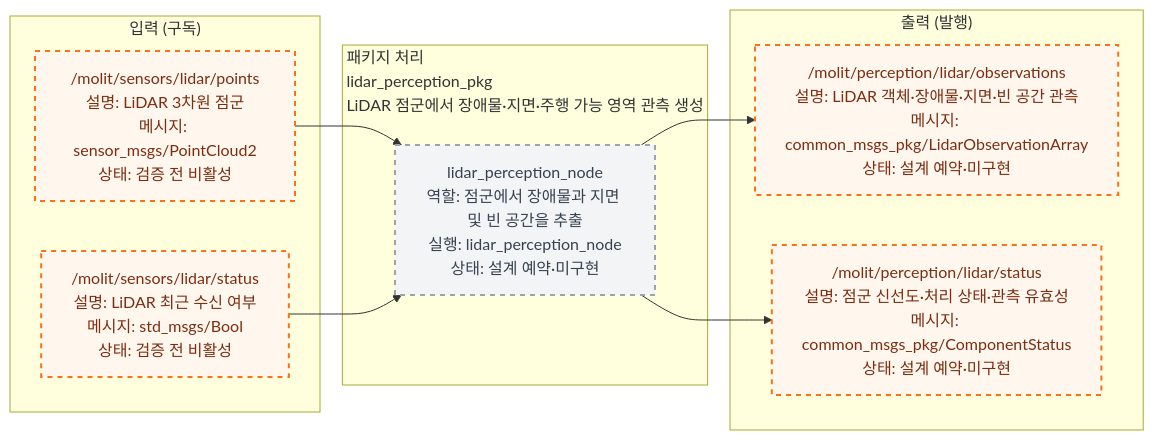
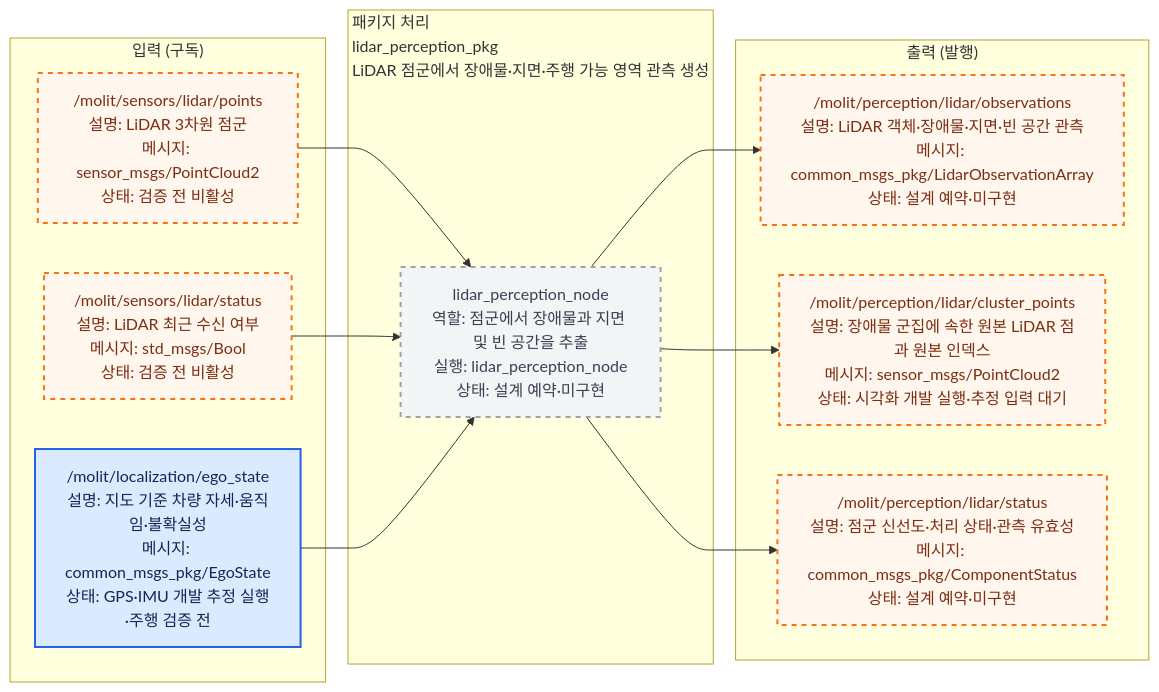
Before and after one commit to Team-Stier/Morai_Sim_team2: the diagram in src/lidar_perception_pkg/docs/interface_io.mmd, drawn with Mermaid. The commit also changed 228 other files, not shown here.

```diff
--- a/src/lidar_perception_pkg/docs/interface_io.mmd
+++ b/src/lidar_perception_pkg/docs/interface_io.mmd
@@ -1,32 +1,38 @@
 %% AUTO-GENERATED by ros_architecture_pkg/scripts/generate_interface_diagrams.py. DO NOT EDIT.
 %% Source of truth: ros_architecture_pkg/config/interface_contract.yaml
 flowchart LR
     classDef liveNode fill:#dcfce7,color:#14532d,stroke:#16a34a,stroke-width:2px;
     classDef reservedNode fill:#f3f4f6,color:#374151,stroke:#9ca3af,stroke-width:2px,stroke-dasharray: 5 5;
     classDef liveTopic fill:#dbeafe,color:#172554,stroke:#2563eb,stroke-width:2px;
     classDef reservedTopic fill:#fff7ed,color:#7c2d12,stroke:#f97316,stroke-width:2px,stroke-dasharray: 5 5;
     classDef emptyPort fill:#ffffff,color:#6b7280,stroke:#d1d5db,stroke-dasharray: 3 3;
     classDef externalEndpoint fill:#f3e8ff,color:#581c87,stroke:#9333ea,stroke-width:3px;
 
     subgraph INPUTS["입력 (구독)"]
         input_000["/molit/sensors/lidar/points<br/>설명: LiDAR 3차원 점군<br/>메시지: sensor_msgs/PointCloud2<br/>상태: 검증 전 비활성"]
         input_001["/molit/sensors/lidar/status<br/>설명: LiDAR 최근 수신 여부<br/>메시지: std_msgs/Bool<br/>상태: 검증 전 비활성"]
+        input_002["/molit/localization/ego_state<br/>설명: 지도 기준 차량 자세·움직임·불확실성<br/>메시지: common_msgs_pkg/EgoState<br/>상태: GPS·IMU 개발 추정 실행·주행 검증 전"]
     end
     subgraph PACKAGE["패키지 처리<br/>lidar_perception_pkg<br/>LiDAR 점군에서 장애물·지면·주행 가능 영역 관측 생성"]
         local_node_000["lidar_perception_node<br/>역할: 점군에서 장애물과 지면 및 빈 공간을 추출<br/>실행: lidar_perception_node<br/>상태: 설계 예약·미구현"]
     end
     subgraph OUTPUTS["출력 (발행)"]
         output_000["/molit/perception/lidar/observations<br/>설명: LiDAR 객체·장애물·지면·빈 공간 관측<br/>메시지: common_msgs_pkg/LidarObservationArray<br/>상태: 설계 예약·미구현"]
-        output_001["/molit/perception/lidar/status<br/>설명: 점군 신선도·처리 상태·관측 유효성<br/>메시지: common_msgs_pkg/ComponentStatus<br/>상태: 설계 예약·미구현"]
+        output_001["/molit/perception/lidar/cluster_points<br/>설명: 장애물 군집에 속한 원본 LiDAR 점과 원본 인덱스<br/>메시지: sensor_msgs/PointCloud2<br/>상태: 시각화 개발 실행·추정 입력 대기"]
+        output_002["/molit/perception/lidar/status<br/>설명: 점군 신선도·처리 상태·관측 유효성<br/>메시지: common_msgs_pkg/ComponentStatus<br/>상태: 설계 예약·미구현"]
     end
 
     input_000 --> local_node_000
     input_001 --> local_node_000
+    input_002 --> local_node_000
     local_node_000 --> output_000
     local_node_000 --> output_001
+    local_node_000 --> output_002
 
     class local_node_000 reservedNode;
     class input_000 reservedTopic;
     class input_001 reservedTopic;
+    class input_002 liveTopic;
     class output_000 reservedTopic;
     class output_001 reservedTopic;
+    class output_002 reservedTopic;
```
